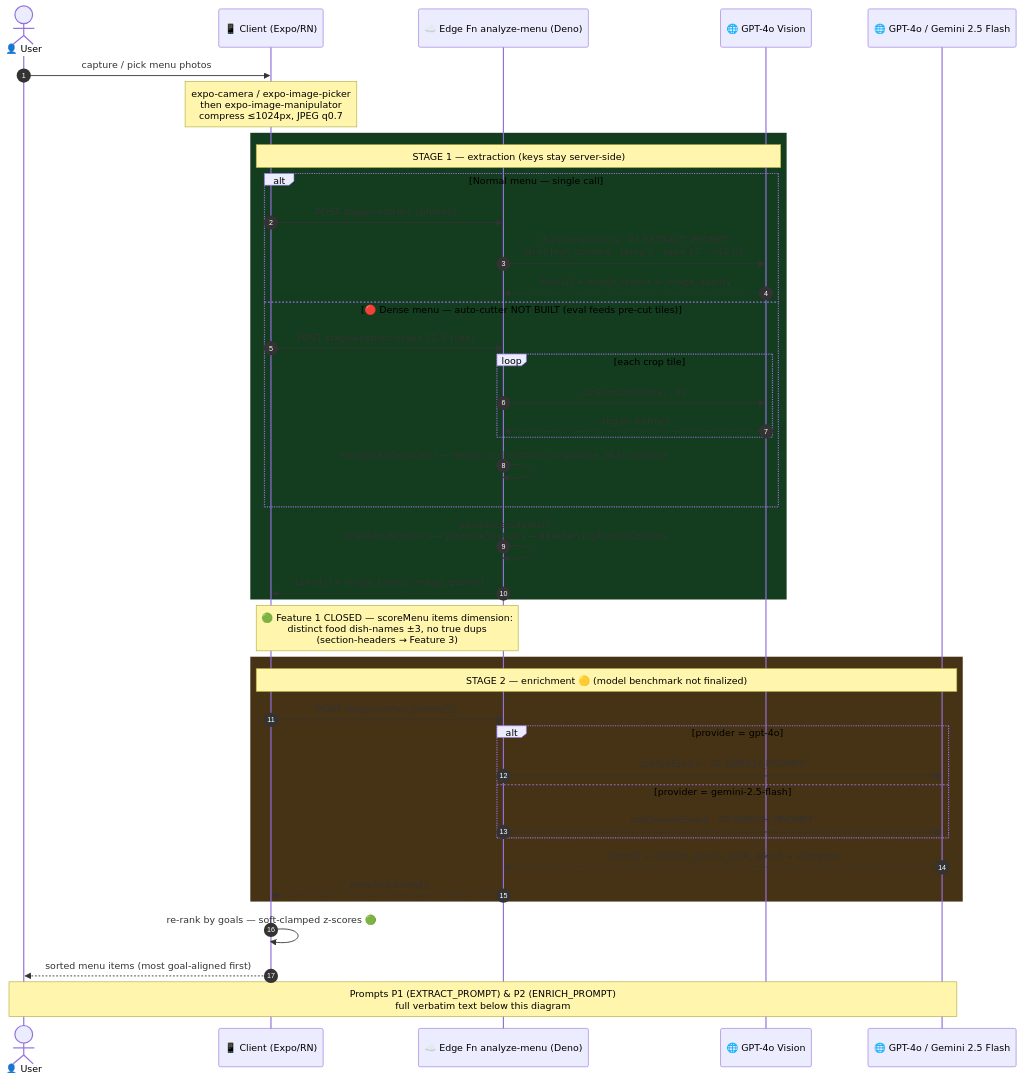
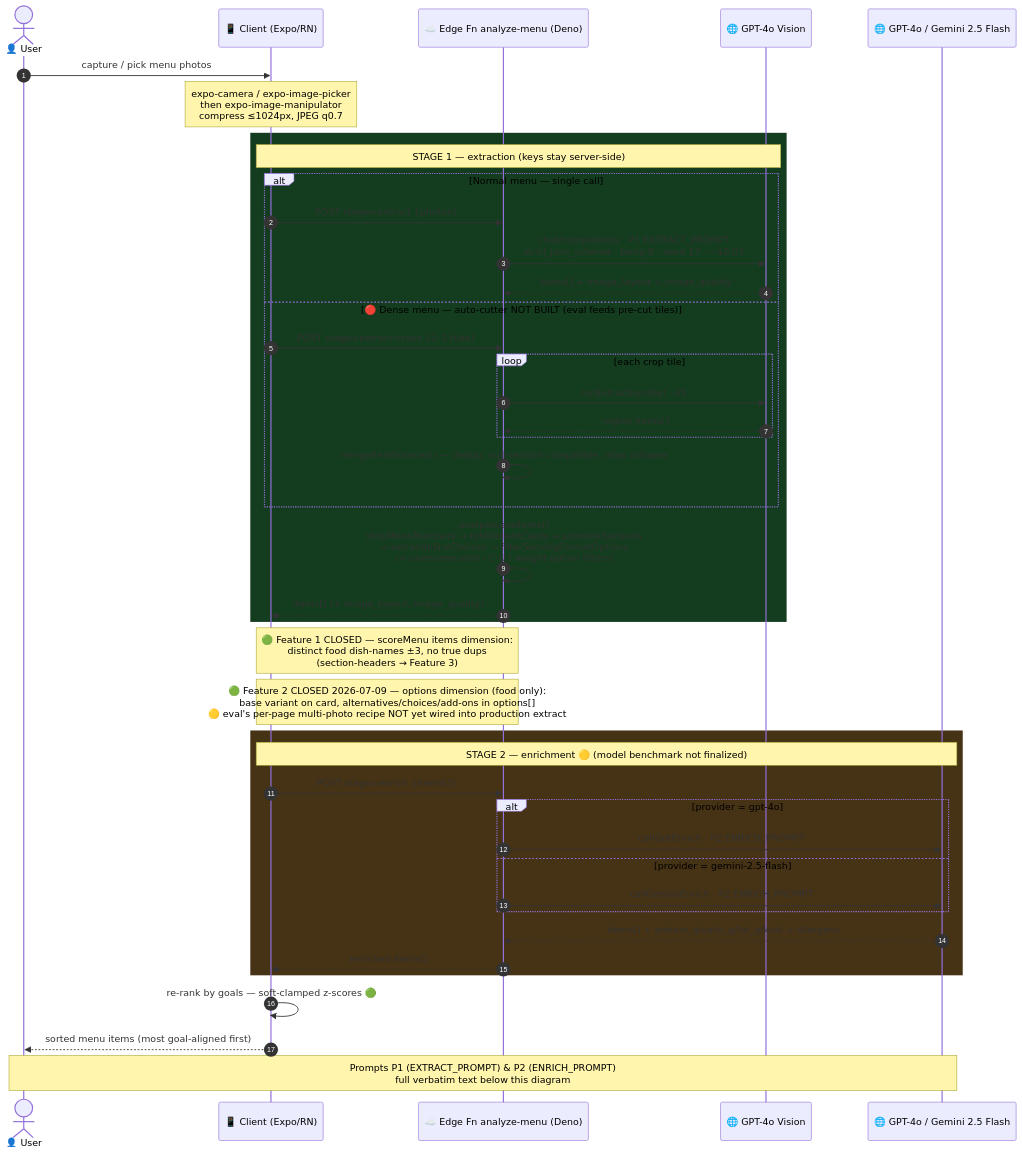
One commit to santidevhmo/menu-scan-app changed the diagram in docs/superpowers/diagrams/menu-extraction-pipeline.md. Above: the diagram before and after it, drawn with Mermaid. The commit also changed other lines of this file and 2 other files, not shown here.

Commit message:
docs: close Feature 2 (food options) — execution log, DoorDash prior-art section, diagram, checklists

````diff
--- a/docs/superpowers/diagrams/menu-extraction-pipeline.md
+++ b/docs/superpowers/diagrams/menu-extraction-pipeline.md
@@ -9,48 +9,49 @@
 ```mermaid
 sequenceDiagram
     autonumber
     actor U as 👤 User
     participant C as 📱 Client (Expo/RN)
     participant EF as ☁️ Edge Fn analyze-menu (Deno)
     participant V as 🌐 GPT-4o Vision
     participant EN as 🌐 GPT-4o / Gemini 2.5 Flash
 
     U->>C: capture / pick menu photos
     Note over C: expo-camera / expo-image-picker<br/>then expo-image-manipulator<br/>compress ≤1024px, JPEG q0.7
 
     rect rgb(20,60,30)
     Note over C,V: STAGE 1 — extraction (keys stay server-side)
     alt Normal menu — single call
         C->>EF: POST stage=extract {photos}
         EF->>V: chat/completions · P1 EXTRACT_PROMPT<br/>strict json_schema · temp 0 · seed 17 · ~$0.03
         V-->>EF: items[] + image_layout + image_quality
     else 🔴 Dense menu — auto-cutter NOT BUILT (eval feeds pre-cut tiles)
         C->>EF: POST stage=extract-crops {2–3 tiles}
         loop each crop tile
             EF->>V: runExtraction(tile) · P1
             V-->>EF: region items[]
         end
         EF->>EF: mergeItemSources() — dedup, null-section compatible, alias collapse
     end
-    EF->>EF: postprocessItems()<br/>stripMenuNumbers → promoteSections → filterServingFormatOptions
+    EF->>EF: postprocessItems()<br/>stripMenuNumbers → foldVariantCards → promoteSections<br/>→ extractInlineChoices → filterServingFormatOptions<br/>(+ unenumerated / C-U / weight option filters)
     EF-->>C: items[] (+ image_layout, image_quality)
     end
     Note over EF,C: 🟢 Feature 1 CLOSED — scoreMenu items dimension:<br/>distinct food dish-names ±3, no true dups<br/>(section-headers → Feature 3)
+    Note over EF,C: 🟢 Feature 2 CLOSED 2026-07-09 — options dimension (food only):<br/>base variant on card, alternatives/choices/add-ons in options[]<br/>🟡 eval's per-page multi-photo recipe NOT yet wired into production extract
 
     rect rgb(70,50,20)
     Note over C,EN: STAGE 2 — enrichment 🟡 (model benchmark not finalized)
     C->>EF: POST stage=enrich {items[]}
     alt provider = gpt-4o
         EF->>EN: callGptEnrich · P2 ENRICH_PROMPT
     else provider = gemini-2.5-flash
         EF->>EN: callGeminiEnrich · P2 ENRICH_PROMPT
     end
     EN-->>EF: items[] + protein_g/carb_g/fat_g/kcal + allergens
     EF-->>C: enriched items[]
     end
 
     C->>C: re-rank by goals — soft-clamped z-scores 🟢
     C-->>U: sorted menu items (most goal-aligned first)
 
     Note over U,EN: Prompts P1 (EXTRACT_PROMPT) & P2 (ENRICH_PROMPT)<br/>full verbatim text below this diagram
 ```
````
